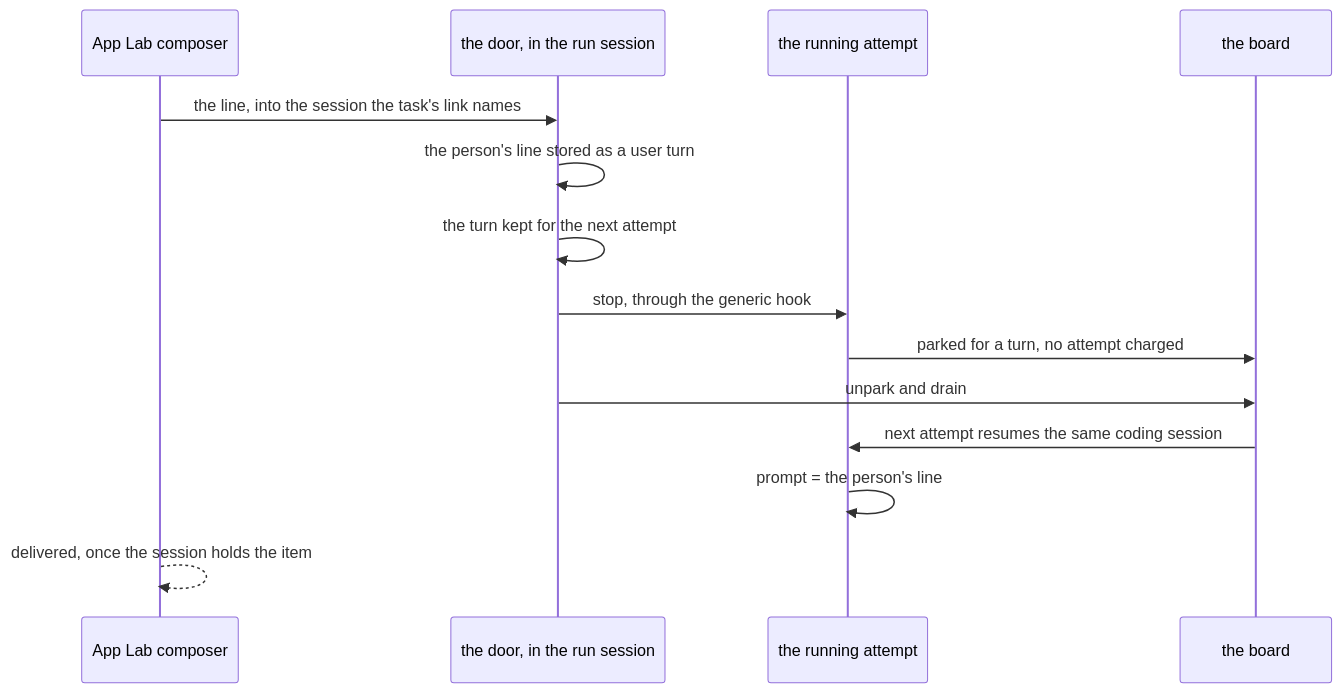
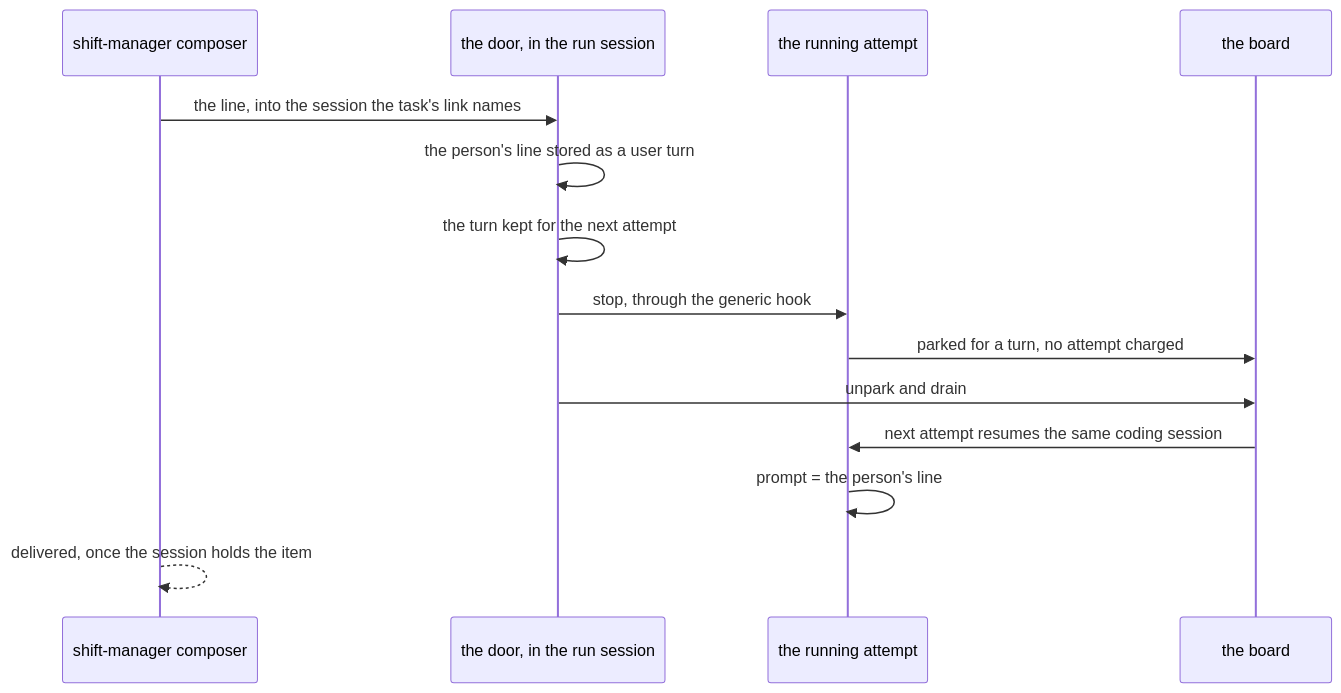
Before and after one commit to fixpoint-labs/flow-state-dev: the second of 2 diagrams in specs/issues/FIX-1690/SPEC.md, drawn with Mermaid. The commit also changed other lines of this file and 383 other files, not shown here.

First line of the commit message:
refactor: rename app-lab to shift-manager (FIX-1706)

````diff
--- a/specs/issues/FIX-1690/SPEC.md
+++ b/specs/issues/FIX-1690/SPEC.md
@@ -78,16 +78,16 @@
 ```mermaid
 sequenceDiagram
-  participant P as App Lab composer
+  participant P as shift-manager composer
   participant D as the door, in the run session
   participant R as the running attempt
   participant B as the board
   P->>D: the line, into the session the task's link names
   D->>D: the person's line stored as a user turn
   D->>D: the turn kept for the next attempt
   D->>R: stop, through the generic hook
   R->>B: parked for a turn, no attempt charged
   D->>B: unpark and drain
   B->>R: next attempt resumes the same coding session
   R->>R: prompt = the person's line
   P-->>P: delivered, once the session holds the item
 ```
````
